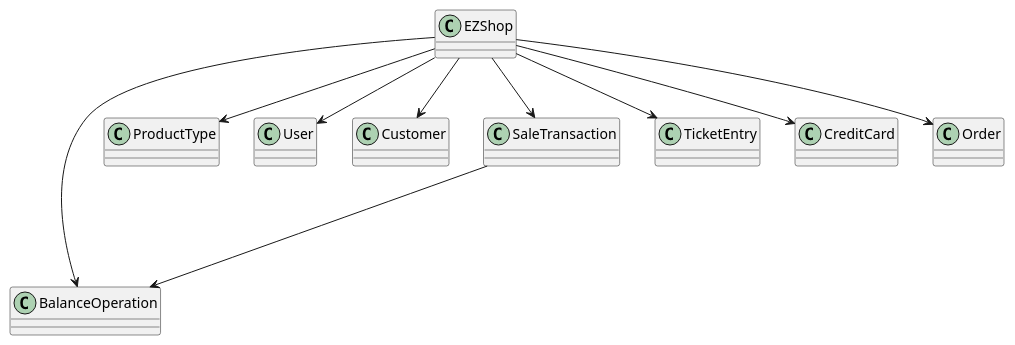
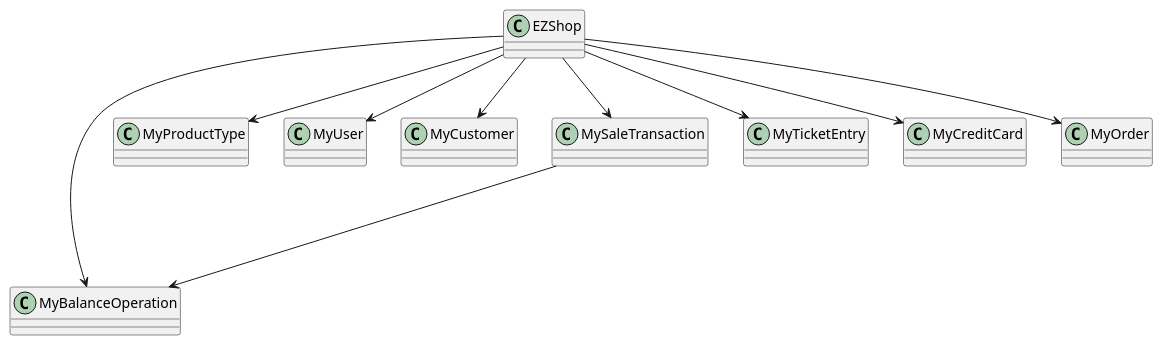
Before and after one commit to mkexc/ezshop: the diagram in Deliverables/IntegrationAPITestReport.md, drawn with PlantUML. The commit also changed other lines of this file and 160 other files, not shown here.

````diff
--- a/Deliverables/IntegrationAPITestReport.md
+++ b/Deliverables/IntegrationAPITestReport.md
@@ -27,26 +25,26 @@
 ```plantuml
 @startuml
 class EZShop {}
 
-class ProductType {}
-class BalanceOperation {}
-class User {}
-class Customer {}
-class SaleTransaction {}
-class TicketEntry {}
-class CreditCard {}
-class Order {}
+class MyProductType {}
+class MyBalanceOperation {}
+class MyUser {}
+class MyCustomer {}
+class MySaleTransaction {}
+class MyTicketEntry {}
+class MyCreditCard {}
+class MyOrder {}
 
 
-EZShop --> ProductType
-EZShop -> BalanceOperation
-SaleTransaction ---> BalanceOperation
-EZShop --> User
-EZShop --> Customer
-EZShop --> SaleTransaction
-EZShop --> TicketEntry
-EZShop --> CreditCard
-EZShop --> Order
+EZShop --> MyProductType
+EZShop -> MyBalanceOperation
+MySaleTransaction ---> MyBalanceOperation
+EZShop --> MyUser
+EZShop --> MyCustomer
+EZShop --> MySaleTransaction
+EZShop --> MyTicketEntry
+EZShop --> MyCreditCard
+EZShop --> MyOrder
 
 @enduml
 ```
````
